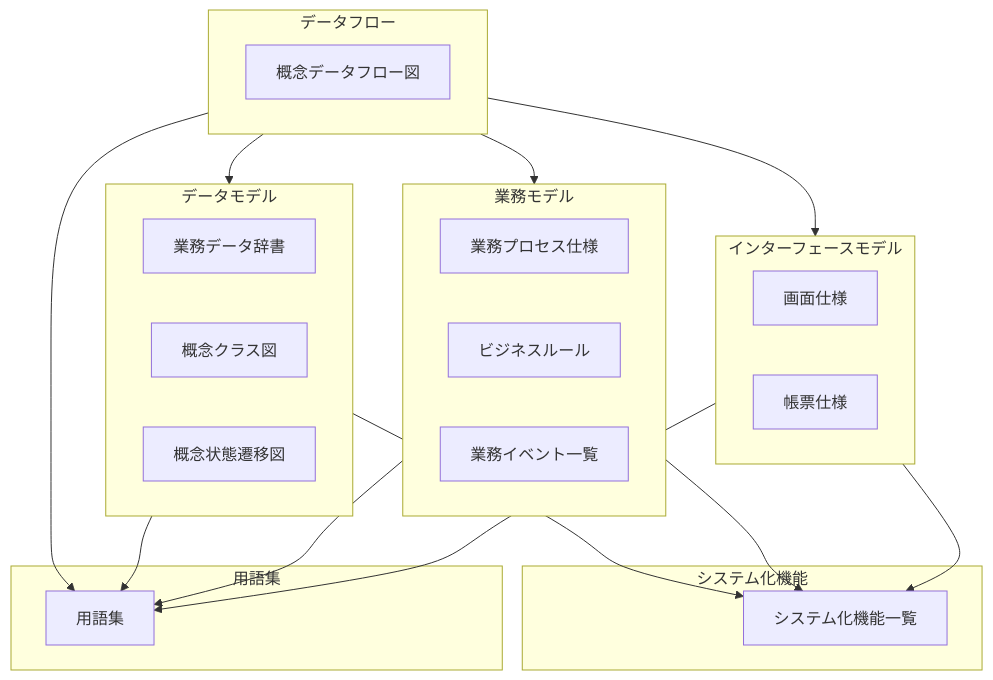
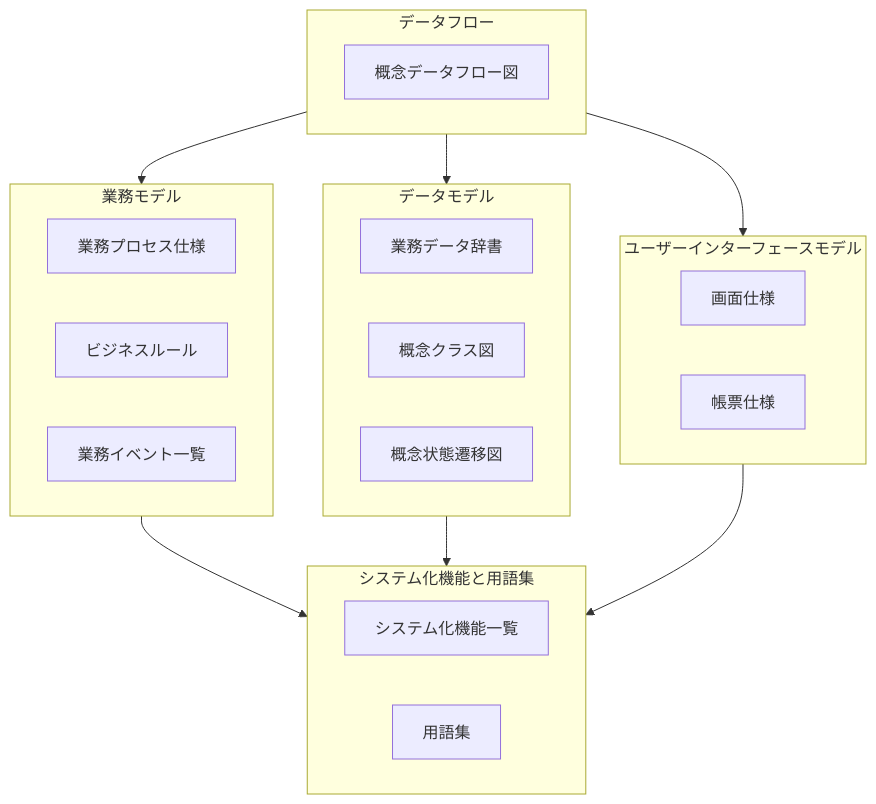
One commit to specdojo/specdojo changed the diagram in docs/ja/specdojo/references/deliverables-reference.md. Above: the diagram before and after it, drawn with Mermaid. The commit also changed other lines of this file, not shown here.

Commit message:
chore: インターフェースモデルをユーザーインターフェースモデルに変更

````diff
--- a/docs/ja/specdojo/references/deliverables-reference.md
+++ b/docs/ja/specdojo/references/deliverables-reference.md
@@ -170,42 +170,35 @@
 ```mermaid
 flowchart
   subgraph データフロー
     概念データフロー図[概念データフロー図]
   end
 
   subgraph データモデル
     業務データ辞書[業務データ辞書]
     概念クラス図[概念クラス図]
     概念状態遷移図[概念状態遷移図]
   end
 
   subgraph 業務モデル
     業務プロセス仕様[業務プロセス仕様]
     ビジネスルール[ビジネスルール]
     業務イベント一覧[業務イベント一覧]
   end
 
-  subgraph インターフェースモデル
+  subgraph ユーザーインターフェースモデル
     画面仕様[画面仕様]
     帳票仕様[帳票仕様]
   end
 
-  subgraph systemFunctionsGroup[システム化機能]
+  subgraph システム化機能と用語集
     システム化機能一覧[システム化機能一覧]
-  end
-
-  subgraph glossaryGroup[用語集]
     用語集定義[用語集]
   end
 
   データフロー --> データモデル
   データフロー --> 業務モデル
-  データフロー --> インターフェースモデル
-  データモデル --> システム化機能一覧
-  業務モデル --> システム化機能一覧
-  インターフェースモデル --> システム化機能一覧
-  データフロー --> 用語集定義
-  データモデル --> 用語集定義
-  業務モデル --> 用語集定義
-  インターフェースモデル --> 用語集定義
+  データフロー --> ユーザーインターフェースモデル
+  業務モデル --> システム化機能と用語集
+  データモデル --> システム化機能と用語集
+  ユーザーインターフェースモデル --> システム化機能と用語集
 ```
````
